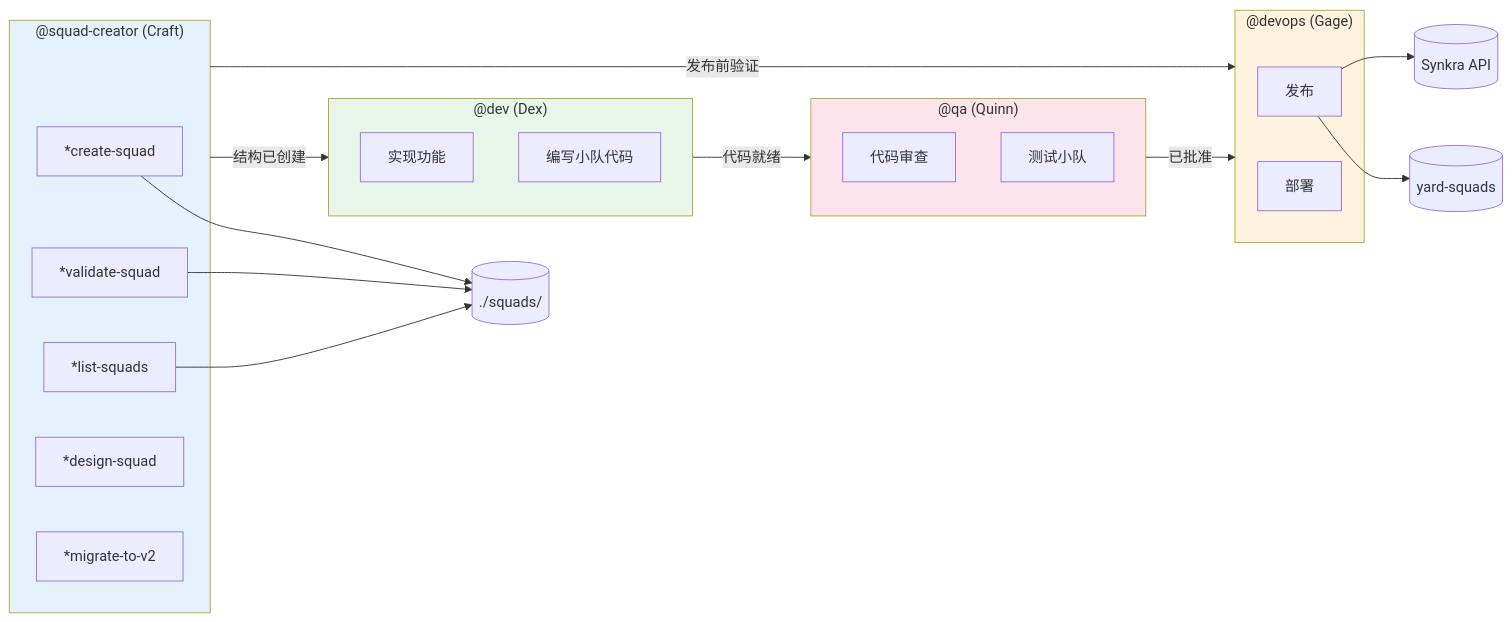
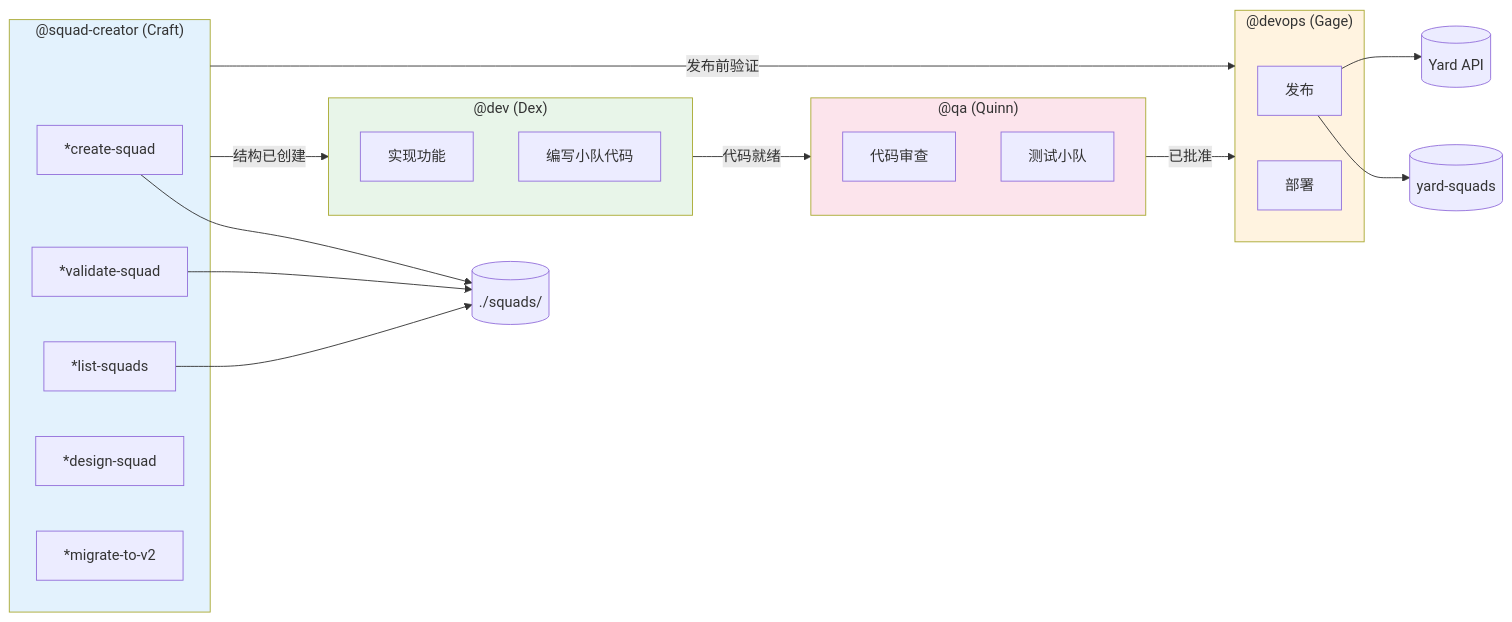
One commit to ernesto-langa/yard-core changed the fifth of 6 diagrams in docs/zh/aiox-agent-flows/squad-creator-system.md. Above: the diagram before and after it, drawn with Mermaid. The commit also changed other lines of this file and 308 other files, not shown here.

````diff
--- a/docs/zh/aiox-agent-flows/squad-creator-system.md
+++ b/docs/zh/aiox-agent-flows/squad-creator-system.md
@@ -433,45 +433,45 @@
 ```mermaid
 flowchart LR
     subgraph SQUAD_CREATOR["@squad-creator (Craft)"]
         SC_CREATE["*create-squad"]
         SC_VALIDATE["*validate-squad"]
         SC_LIST["*list-squads"]
         SC_DESIGN["*design-squad"]
         SC_MIGRATE["*migrate-to-v2"]
     end
 
     subgraph DEV["@dev (Dex)"]
         DEV_IMPL["实现功能"]
         DEV_CODE["编写小队代码"]
     end
 
     subgraph QA["@qa (Quinn)"]
         QA_REVIEW["代码审查"]
         QA_TEST["测试小队"]
     end
 
     subgraph DEVOPS["@devops (Gage)"]
         DEVOPS_PUB["发布"]
         DEVOPS_DEPLOY["部署"]
     end
 
     SQUAD_CREATOR -->|"结构已创建"| DEV
     DEV -->|"代码就绪"| QA
     QA -->|"已批准"| DEVOPS
     SQUAD_CREATOR -->|"发布前验证"| DEVOPS
 
     SQUADS[("./squads/")]
     YARD_SQUADS[("yard-squads")]
-    SYNKRA[("Synkra API")]
+    SYNKRA[("Yard API")]
 
     SC_CREATE --> SQUADS
     SC_VALIDATE --> SQUADS
     SC_LIST --> SQUADS
     DEVOPS_PUB --> YARD_SQUADS
     DEVOPS_PUB --> SYNKRA
 
     style SQUAD_CREATOR fill:#e3f2fd
     style DEV fill:#e8f5e9
     style QA fill:#fce4ec
     style DEVOPS fill:#fff3e0
 ```
````
